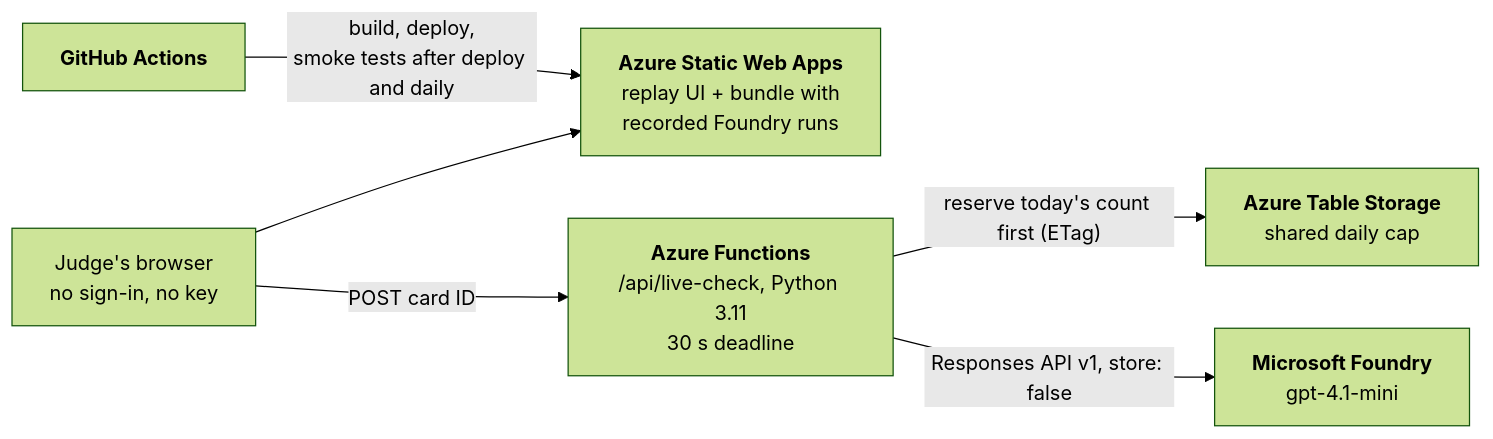
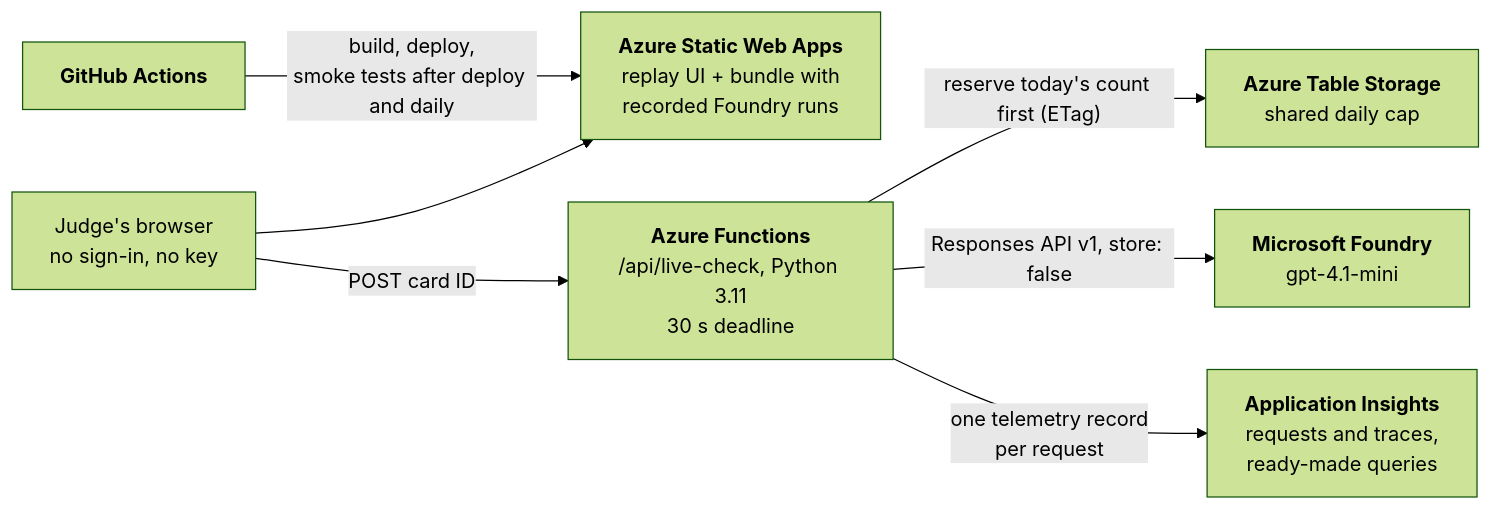
Before and after one commit to vbabenko97/matchlens-ai: the second of 2 diagrams in README.md, drawn with Mermaid (forest theme). The commit also changed other lines of this file and 5 other files, not shown here.

First line of the commit message:
docs: Application Insights connected and verified with a probe request (#32)

````diff
--- a/README.md
+++ b/README.md
@@ -92,8 +92,9 @@
 ```mermaid
 flowchart LR
   U["Judge's browser<br/>no sign-in, no key"] --> S["<b>Azure Static Web Apps</b><br/>replay UI + bundle with<br/>recorded Foundry runs"]
   U -- "POST card ID" --> F["<b>Azure Functions</b><br/>/api/live-check, Python 3.11<br/>30 s deadline"]
   F -- "reserve today's count first (ETag)" --> T["<b>Azure Table Storage</b><br/>shared daily cap"]
   F -- "Responses API v1, store: false" --> M["<b>Microsoft Foundry</b><br/>gpt-4.1-mini"]
+  F -- "one telemetry record<br/>per request" --> A["<b>Application Insights</b><br/>requests and traces,<br/>ready-made queries"]
   G["<b>GitHub Actions</b>"] -- "build, deploy,<br/>smoke tests after deploy and daily" --> S
 ```
````
